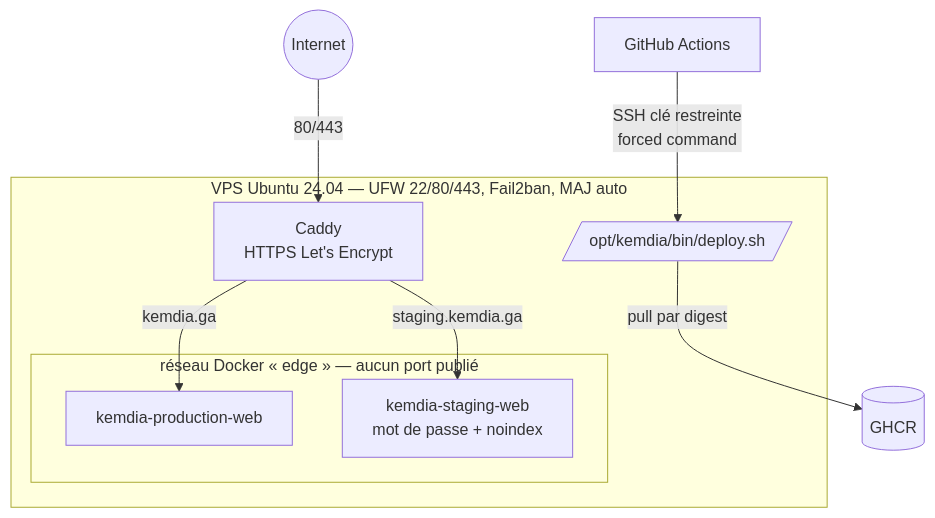
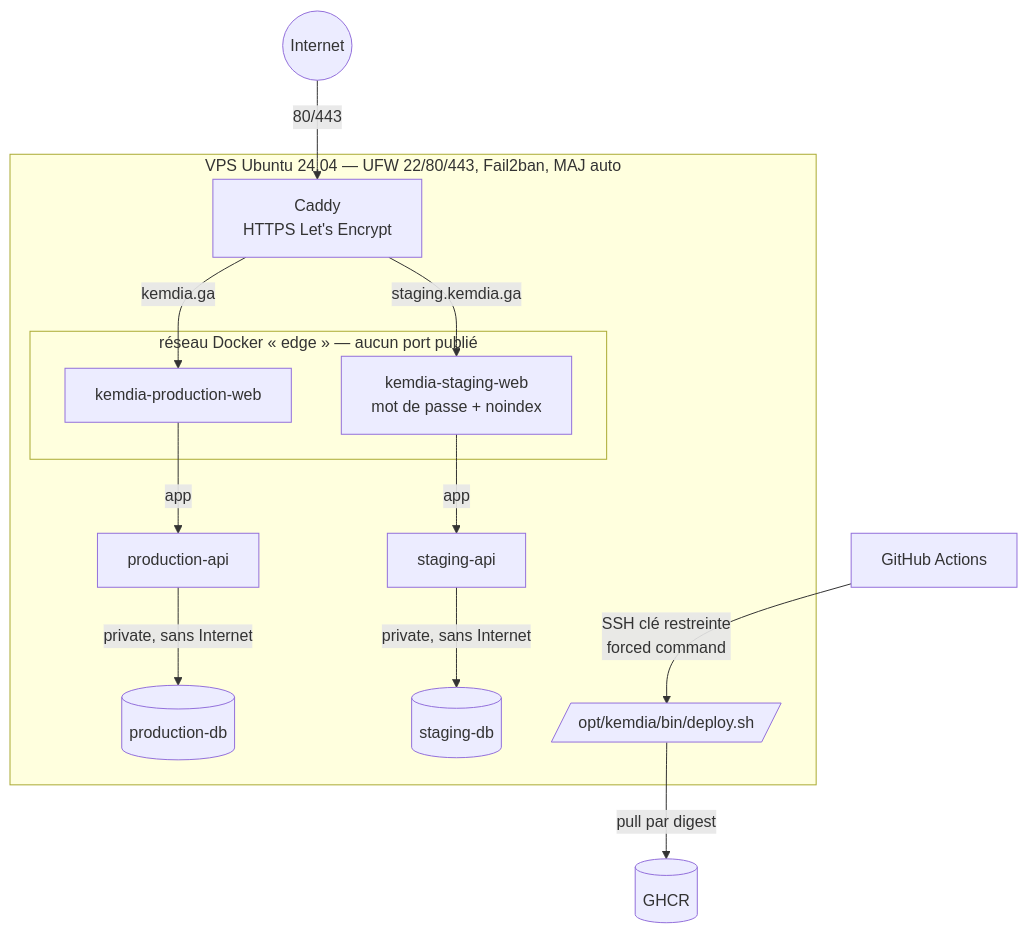
Diagram 20 of 21 in docs/architecture/cahier-architecture.md (levy-kombila/kemdia), drawn with Mermaid before and after one commit. The commit also changed other lines of this file and 10 other files, not shown here.

````diff
--- a/docs/architecture/cahier-architecture.md
+++ b/docs/architecture/cahier-architecture.md
@@ -1521,16 +1522,18 @@
 ```mermaid
 flowchart TB
     internet((Internet)) -->|80/443| caddy
     subgraph vps[VPS Ubuntu 24.04 — UFW 22/80/443, Fail2ban, MAJ auto]
       caddy[Caddy<br/>HTTPS Let's Encrypt]
       subgraph edge[réseau Docker « edge » — aucun port publié]
         prod[kemdia-production-web]
         stg[kemdia-staging-web<br/>mot de passe + noindex]
       end
+      prod -->|app| papi[production-api] -->|private, sans Internet| pdb[(production-db)]
+      stg -->|app| sapi[staging-api] -->|private, sans Internet| sdb[(staging-db)]
       caddy -->|kemdia.ga| prod
       caddy -->|staging.kemdia.ga| stg
       deploy[/opt/kemdia/bin/deploy.sh/]
     end
     gha[GitHub Actions] -->|SSH clé restreinte<br/>forced command| deploy
     deploy -->|pull par digest| ghcr[(GHCR)]
 ```
````
